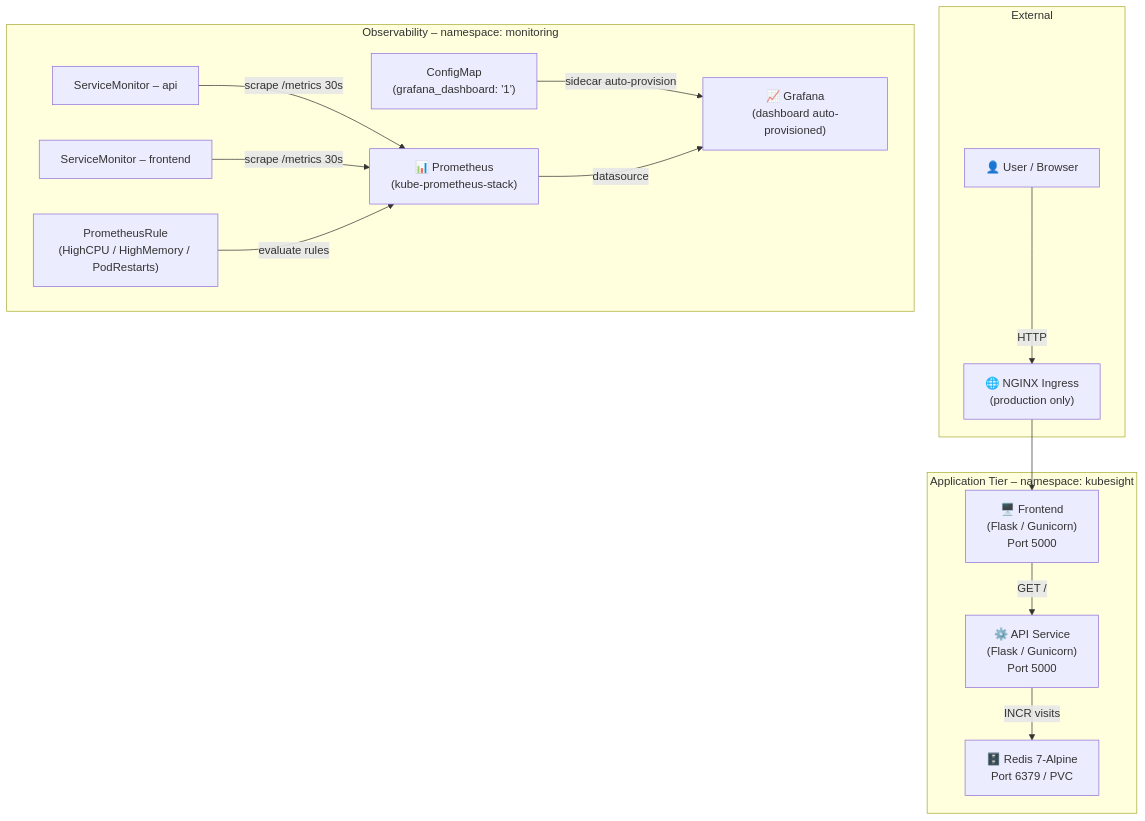
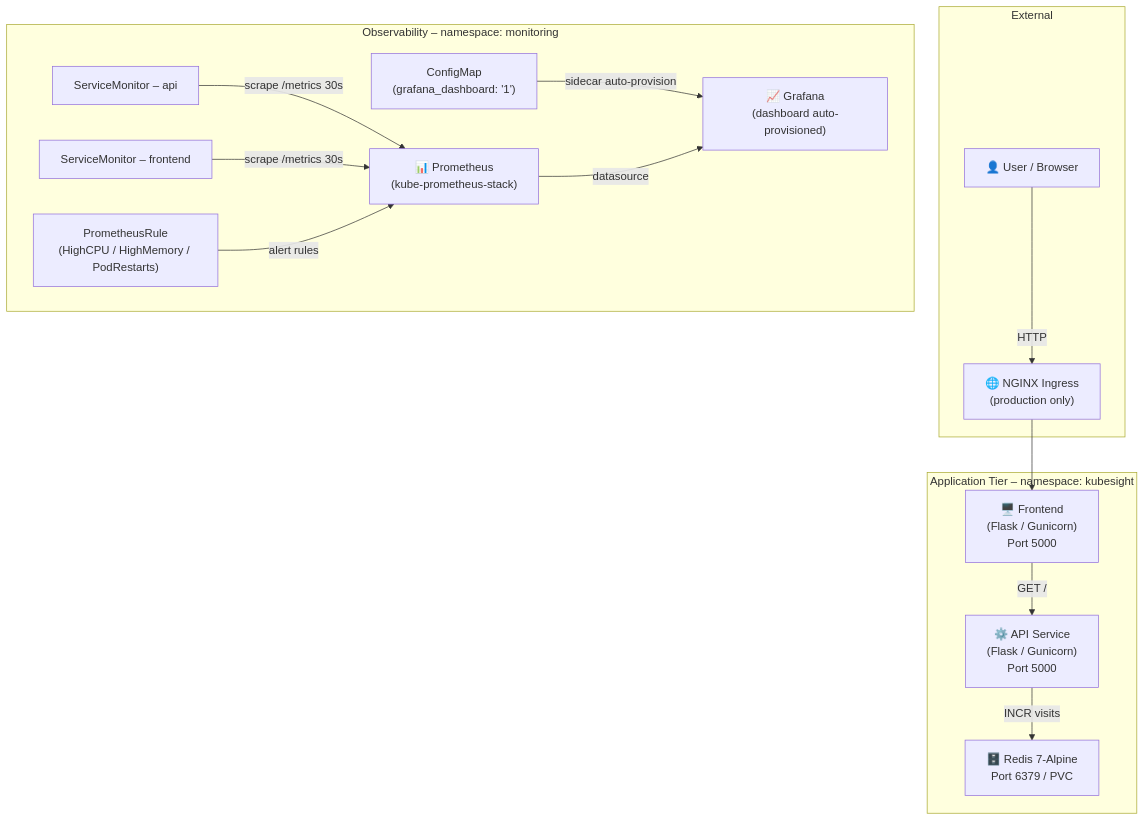
Before and after one commit to samkeerthana98/kubesight-production-observability: the diagram in README.md, drawn with Mermaid. The commit also changed other lines of this file and 1 other file, not shown here.

````diff
--- a/README.md
+++ b/README.md
@@ -36,33 +36,33 @@
 ```mermaid
 graph TB
     subgraph "External"
         User["👤 User / Browser"]
         Ingress["🌐 NGINX Ingress\n(production only)"]
     end
 
     subgraph "Application Tier – namespace: kubesight"
         Frontend["🖥️ Frontend\n(Flask / Gunicorn)\nPort 5000"]
         API["⚙️ API Service\n(Flask / Gunicorn)\nPort 5000"]
         Redis["🗄️ Redis 7-Alpine\nPort 6379 / PVC"]
     end
 
     subgraph "Observability – namespace: monitoring"
         Prometheus["📊 Prometheus\n(kube-prometheus-stack)"]
         Grafana["📈 Grafana\n(dashboard auto-provisioned)"]
         SMApi["ServiceMonitor – api"]
         SMFrontend["ServiceMonitor – frontend"]
         PRules["PrometheusRule\n(HighCPU / HighMemory / PodRestarts)"]
         GrafanaCM["ConfigMap\n(grafana_dashboard: '1')"]
     end
 
     User -->|HTTP| Ingress
     Ingress --> Frontend
     Frontend -->|GET /| API
     API -->|INCR visits| Redis
 
     SMApi -->|scrape /metrics 30s| Prometheus
     SMFrontend -->|scrape /metrics 30s| Prometheus
-    PRules -->|evaluate rules| Prometheus
+    PRules -->|alert rules| Prometheus
     GrafanaCM -->|sidecar auto-provision| Grafana
     Prometheus -->|datasource| Grafana
 ```
````
